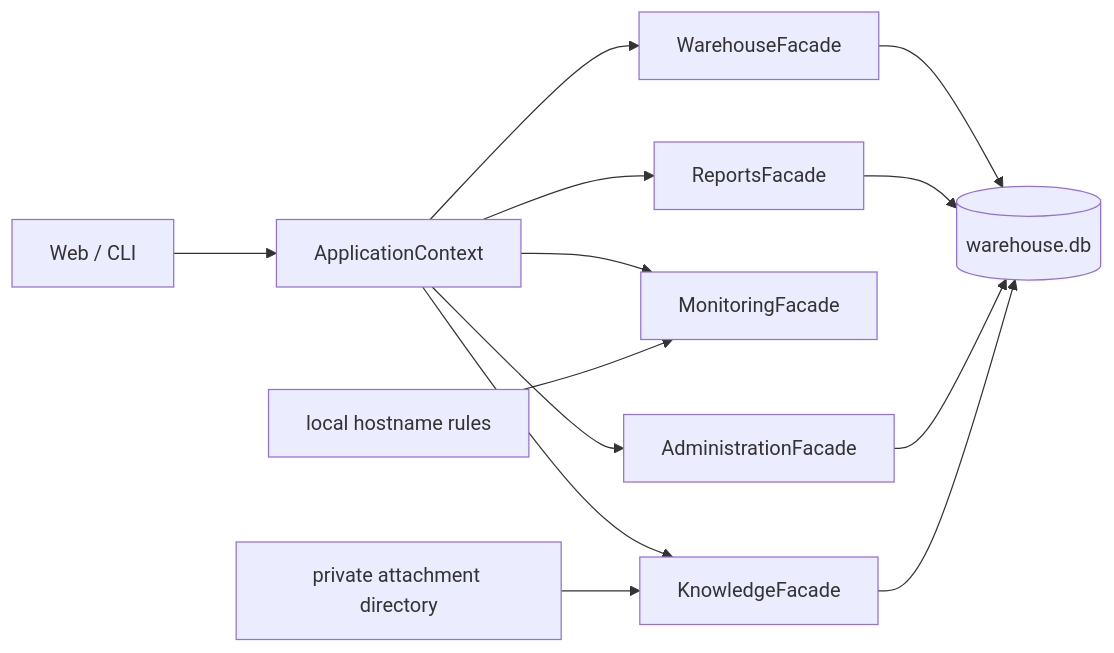
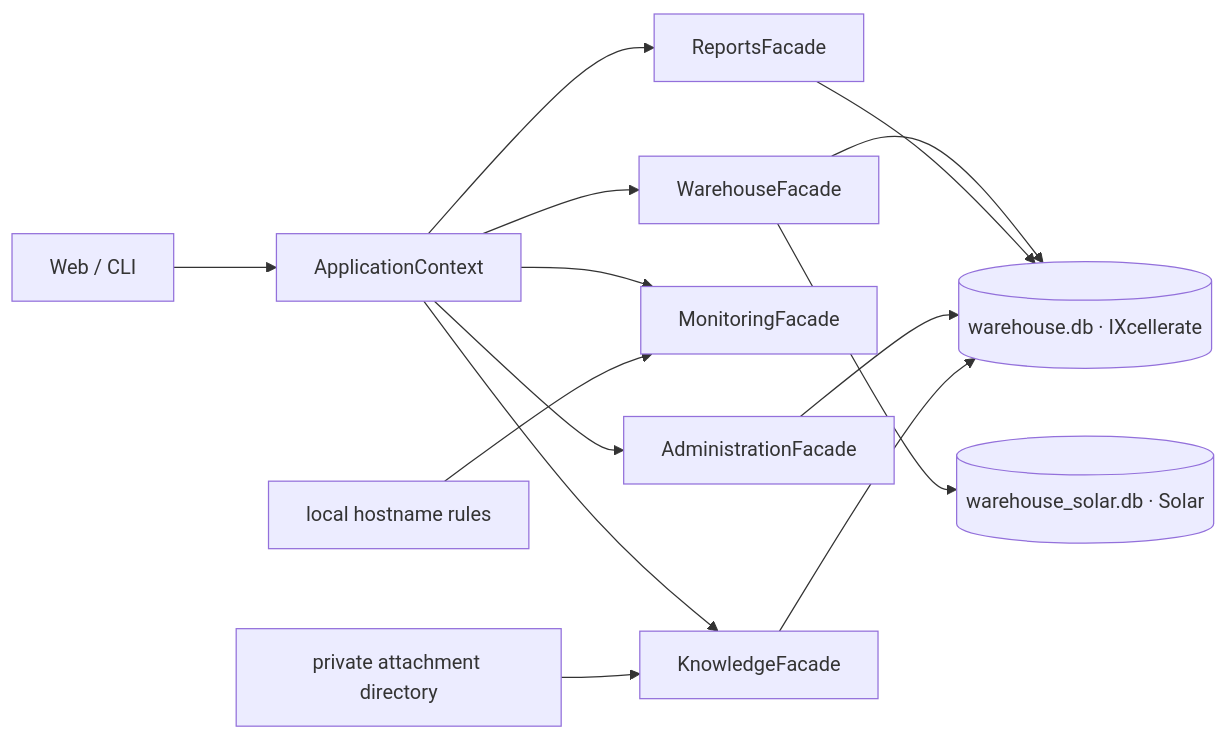
Before and after one commit to lokolis28282/prak_mai: the diagram in README.md, drawn with Mermaid. The commit also changed other lines of this file and 40 other files, not shown here.

````diff
--- a/README.md
+++ b/README.md
@@ -166,15 +174,16 @@
 ```mermaid
 flowchart LR
   UI["Web / CLI"] --> C["ApplicationContext"]
   C --> W["WarehouseFacade"]
   C --> R["ReportsFacade"]
   C --> M["MonitoringFacade"]
   C --> K["KnowledgeFacade"]
   C --> A["AdministrationFacade"]
-  W --> DB[("warehouse.db")]
-  R --> DB
-  A --> DB
-  K --> DB
+  W --> IX[("warehouse.db · IXcellerate")]
+  W --> SOL[("warehouse_solar.db · Solar")]
+  R --> IX
+  A --> IX
+  K --> IX
   Uploads["private attachment directory"] --> K
   Rules["local hostname rules"] --> M
 ```
````
